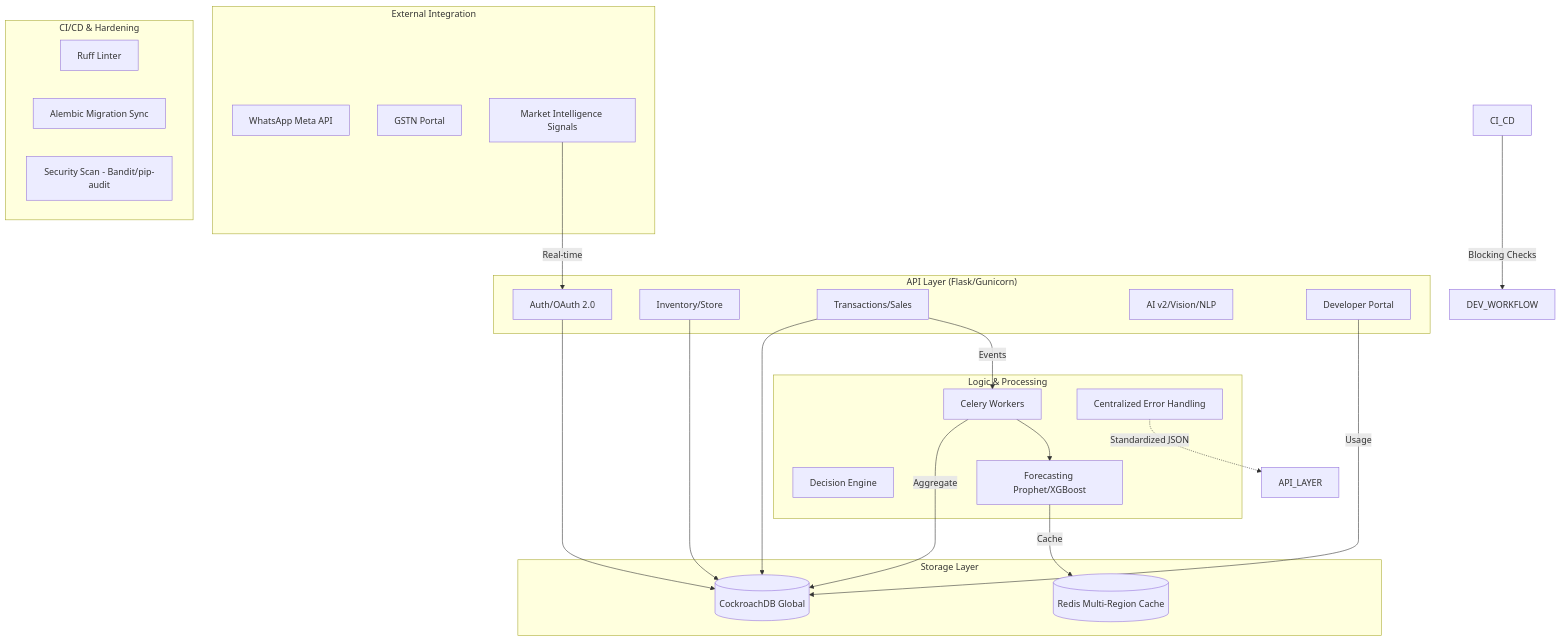
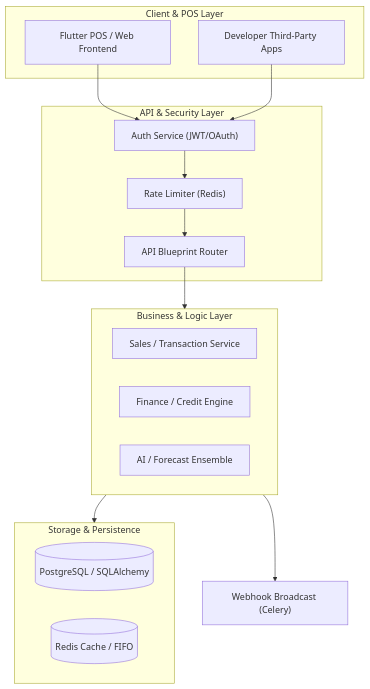
One commit to avianthonf/RetailIQ changed the diagram in README.md. Above: the diagram before and after it, drawn with Mermaid. The commit also changed other lines of this file and 41 other files, not shown here.

````diff
--- a/README.md
+++ b/README.md
@@ -213,46 +30,32 @@
 ```mermaid
 graph TD
-    subgraph "External Integration"
-        WA[WhatsApp Meta API]
-        GST[GSTN Portal]
-        INT[Market Intelligence Signals]
+    subgraph ClientLayer [Client & POS Layer]
+        POS["Flutter POS / Web Frontend"]
+        DEV["Developer Third-Party Apps"]
     end
 
-    subgraph "API Layer (Flask/Gunicorn)"
-        AUTH[Auth/OAuth 2.0]
-        INV[Inventory/Store]
-        SALE[Transactions/Sales]
-        AI[AI v2/Vision/NLP]
-        DEV[Developer Portal]
+    subgraph API_Gateway [API & Security Layer]
+        Auth["Auth Service (JWT/OAuth)"]
+        Limiter["Rate Limiter (Redis)"]
+        Routes["API Blueprint Router"]
     end
 
-    subgraph "Logic & Processing"
-        RULE[Decision Engine]
-        FORE[Forecasting Prophet/XGBoost]
-        TASK[Celery Workers]
-        ERR[Centralized Error Handling]
+    subgraph ServiceLayer [Business & Logic Layer]
+        Sales["Sales / Transaction Service"]
+        Finance["Finance / Credit Engine"]
+        Intelligence["AI / Forecast Ensemble"]
     end
 
-    subgraph "Storage Layer"
-        CDB[(CockroachDB Global)]
-        RED[(Redis Multi-Region Cache)]
+    subgraph DataLayer [Storage & Persistence]
+        DB[(PostgreSQL / SQLAlchemy)]
+        Cache[(Redis Cache / FIFO)]
     end
 
-    subgraph "CI/CD & Hardening"
-        RUFF[Ruff Linter]
-        ALEM[Alembic Migration Sync]
-        SCAN[Security Scan - Bandit/pip-audit]
-    end
-
-    INT --> |Real-time| AUTH
-    AUTH --> CDB
-    INV --> CDB
-    SALE --> CDB
-    SALE --> |Events| TASK
-    TASK --> |Aggregate| CDB
-    TASK --> FORE
-    FORE --> |Cache| RED
-    DEV --> |Usage| CDB
-    ERR -.-> |Standardized JSON| API_LAYER
-    CI_CD --> |Blocking Checks| DEV_WORKFLOW
+    POS --> Auth
+    DEV --> Auth
+    Auth --> Limiter
+    Limiter --> Routes
+    Routes --> ServiceLayer
+    ServiceLayer --> DataLayer
+    ServiceLayer --> Webhooks["Webhook Broadcast (Celery)"]
 ```
````
